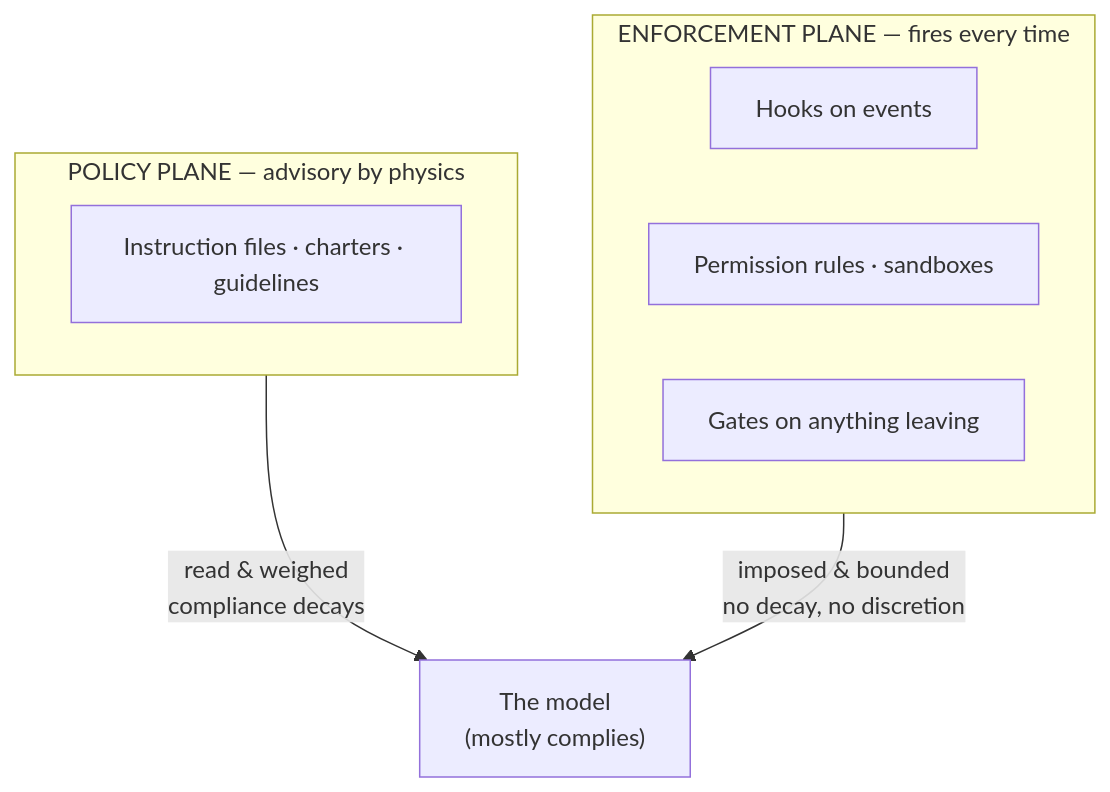
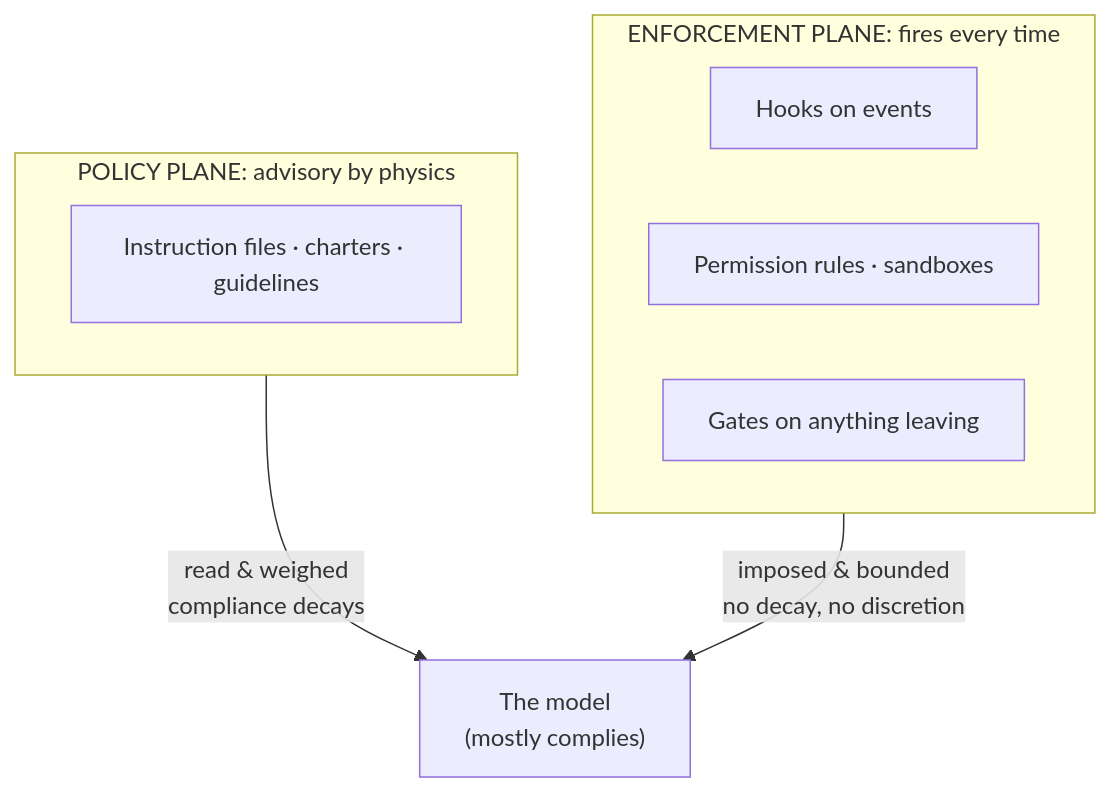
The diagram in guide/02-probabilistic-components.md (chorusse/agentic-estate), drawn with Mermaid before and after one commit. The commit also changed 3 other files, not shown here.

````diff
--- a/guide/02-probabilistic-components.md
+++ b/guide/02-probabilistic-components.md
@@ -50,14 +50,14 @@
 ```mermaid
 flowchart TB
-    subgraph pol["POLICY PLANE — advisory by physics"]
+    subgraph pol["POLICY PLANE: advisory by physics"]
         p1["Instruction files · charters · guidelines"]
     end
-    subgraph enf["ENFORCEMENT PLANE — fires every time"]
+    subgraph enf["ENFORCEMENT PLANE: fires every time"]
         e1["Hooks on events"]
         e2["Permission rules · sandboxes"]
         e3["Gates on anything leaving"]
     end
     model["The model<br/>(mostly complies)"]
     pol -- "read & weighed<br/>compliance decays" --> model
     enf -- "imposed & bounded<br/>no decay, no discretion" --> model
 ```
````
